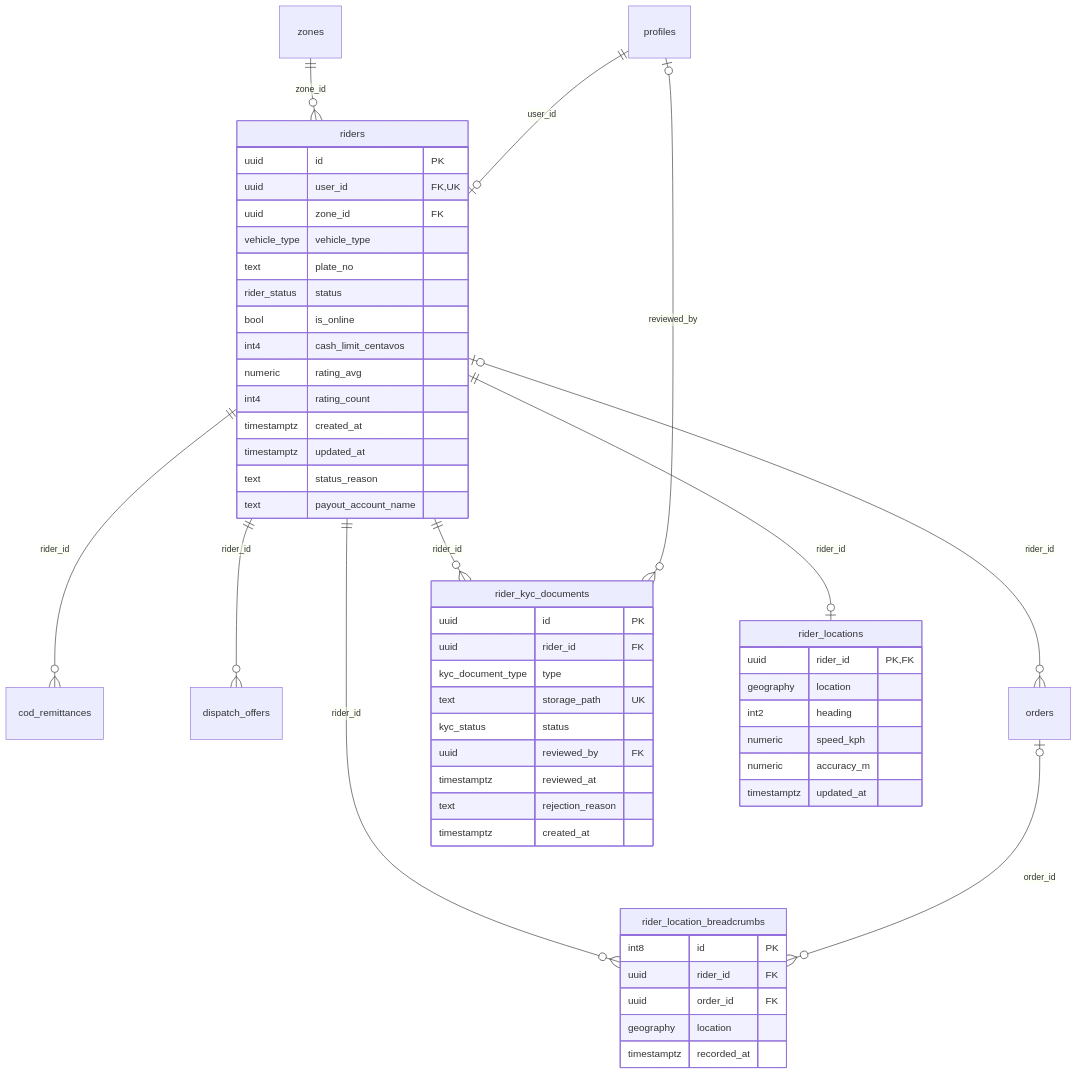
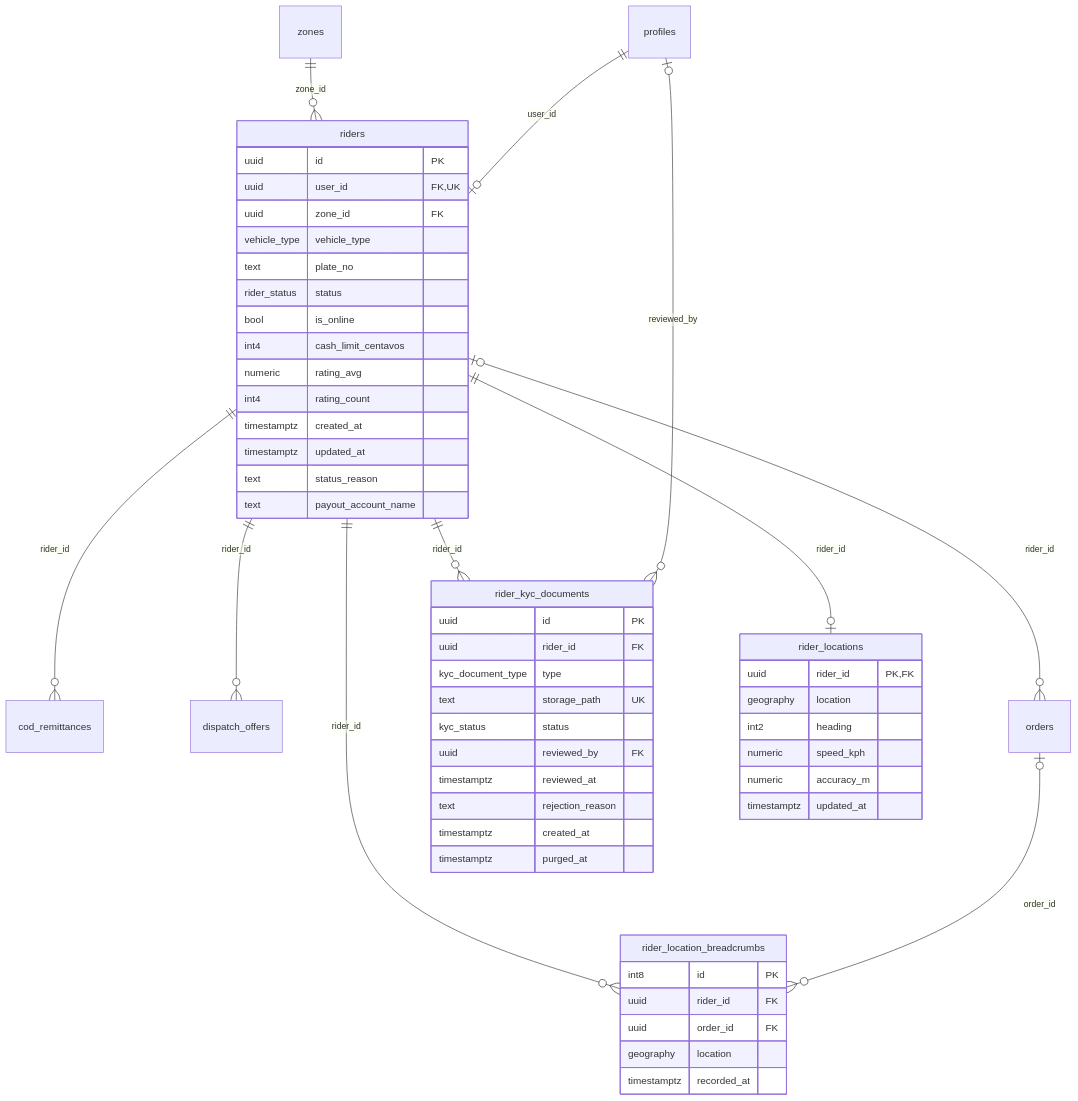
One commit to Klik-Go/delivery-services changed the third of 6 diagrams in docs/ERD.md. Above: the diagram before and after it, drawn with Mermaid. The commit also changed other lines of this file and 139 other files, not shown here.

````diff
--- a/docs/ERD.md
+++ b/docs/ERD.md
@@ -245,55 +246,56 @@
 ```mermaid
 erDiagram
   riders ||--o{ cod_remittances : "rider_id"
   riders ||--o{ dispatch_offers : "rider_id"
   riders |o--o{ orders : "rider_id"
   profiles |o--o{ rider_kyc_documents : "reviewed_by"
   riders ||--o{ rider_kyc_documents : "rider_id"
   orders |o--o{ rider_location_breadcrumbs : "order_id"
   riders ||--o{ rider_location_breadcrumbs : "rider_id"
   riders ||--o| rider_locations : "rider_id"
   profiles ||--o| riders : "user_id"
   zones ||--o{ riders : "zone_id"
   riders {
     uuid id PK
     uuid user_id FK, UK
     uuid zone_id FK
     vehicle_type vehicle_type
     text plate_no
     rider_status status
     bool is_online
     int4 cash_limit_centavos
     numeric rating_avg
     int4 rating_count
     timestamptz created_at
     timestamptz updated_at
     text status_reason
     text payout_account_name
   }
   rider_kyc_documents {
     uuid id PK
     uuid rider_id FK
     kyc_document_type type
     text storage_path UK
     kyc_status status
     uuid reviewed_by FK
     timestamptz reviewed_at
     text rejection_reason
     timestamptz created_at
+    timestamptz purged_at
   }
   rider_locations {
     uuid rider_id PK, FK
     geography location
     int2 heading
     numeric speed_kph
     numeric accuracy_m
     timestamptz updated_at
   }
   rider_location_breadcrumbs {
     int8 id PK
     uuid rider_id FK
     uuid order_id FK
     geography location
     timestamptz recorded_at
   }
 ```
````
